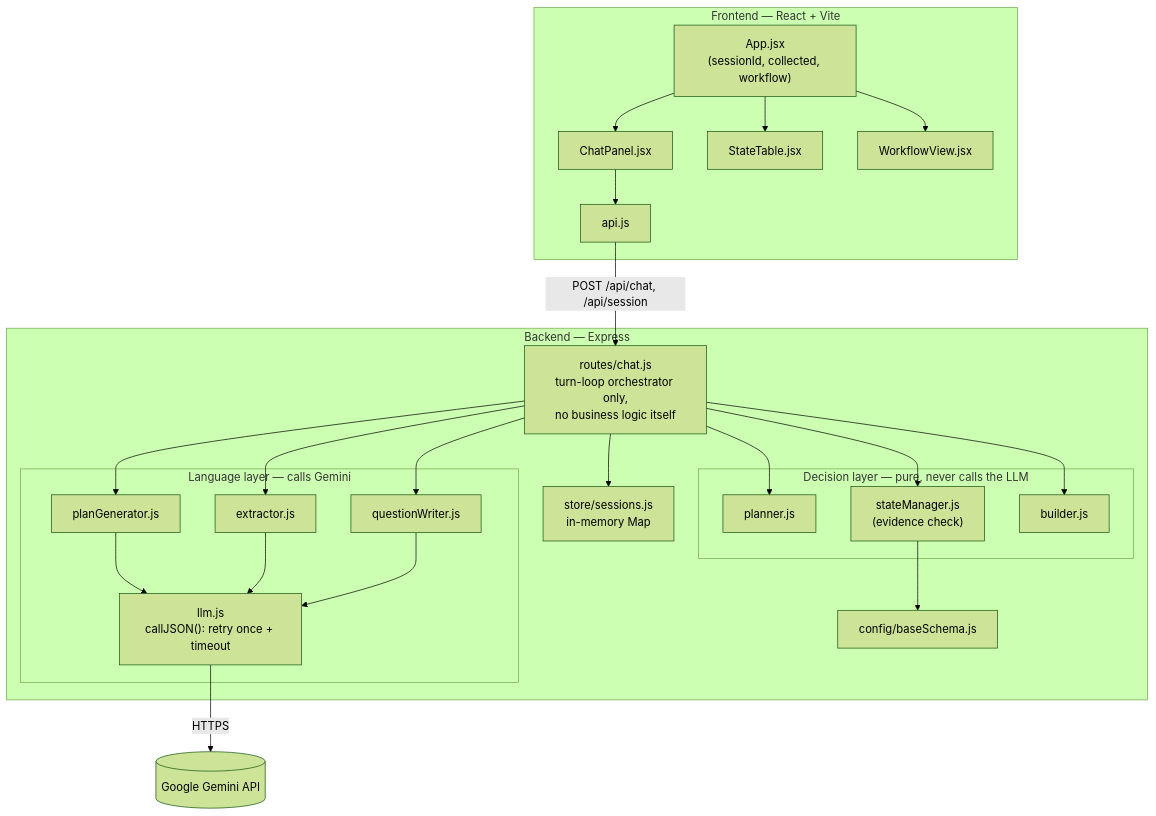
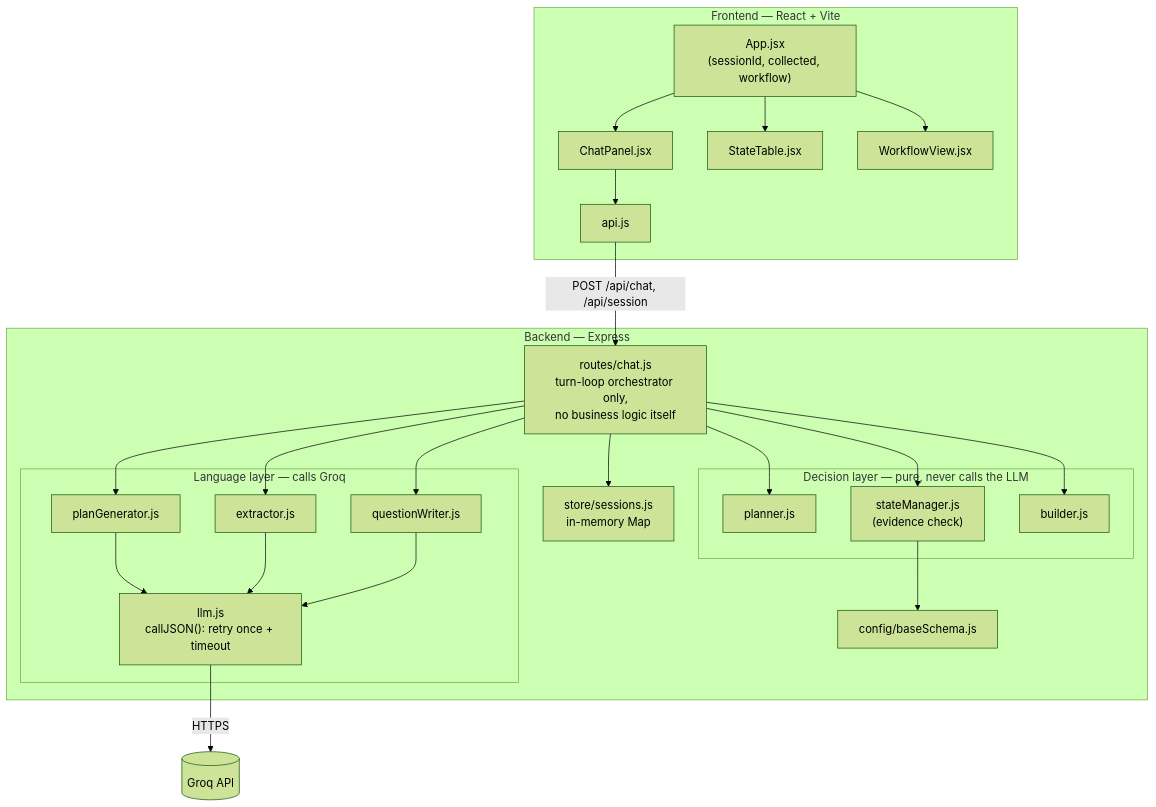
The first of 2 diagrams in README.md (Prakhar-Singh-17/workflow_builder), drawn with Mermaid (forest theme) before and after one commit. The commit also changed other lines of this file and 5 other files, not shown here.

Commit message:
feat(llm): replace Gemini with Groq for more reliable inference

````diff
--- a/README.md
+++ b/README.md
@@ -95,50 +95,50 @@
 ```mermaid
 flowchart TB
     subgraph Frontend["Frontend — React + Vite"]
         App["App.jsx<br/>(sessionId, collected, workflow)"]
         Chat["ChatPanel.jsx"]
         Table["StateTable.jsx"]
         Flow["WorkflowView.jsx"]
         Api["api.js"]
         App --> Chat
         App --> Table
         App --> Flow
         Chat --> Api
     end
 
     Api -- "POST /api/chat, /api/session" --> Router
 
     subgraph Backend["Backend — Express"]
         Router["routes/chat.js<br/>turn-loop orchestrator only,<br/>no business logic itself"]
 
-        subgraph LanguageLayer["Language layer — calls Gemini"]
+        subgraph LanguageLayer["Language layer — calls Groq"]
             PlanGen["planGenerator.js"]
             Extractor["extractor.js"]
             QWriter["questionWriter.js"]
             LLM["llm.js<br/>callJSON(): retry once + timeout"]
             PlanGen --> LLM
             Extractor --> LLM
             QWriter --> LLM
         end
 
         subgraph DecisionLayer["Decision layer — pure, never calls the LLM"]
             Planner["planner.js"]
             StateMgr["stateManager.js<br/>(evidence check)"]
             Builder["builder.js"]
         end
 
         BaseSchema["config/baseSchema.js"]
         Sessions["store/sessions.js<br/>in-memory Map"]
 
         Router --> PlanGen
         Router --> Extractor
         Router --> QWriter
         Router --> Planner
         Router --> StateMgr
         Router --> Builder
         Router --> Sessions
         StateMgr --> BaseSchema
     end
 
-    LLM -- HTTPS --> Gemini[("Google Gemini API")]
+    LLM -- HTTPS --> Groq[("Groq API")]
 ```
````
